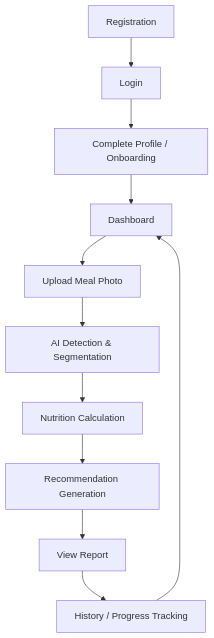
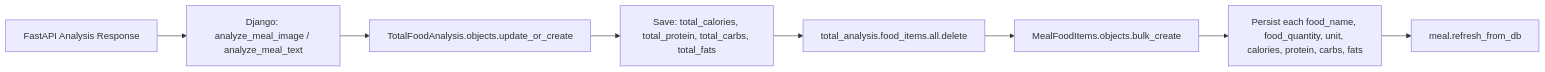
Before and after one commit to HimalBhandari05/Nepali-Diet-Advisory-System: the fourth of 9 diagrams in workflow.md, drawn with Mermaid. The commit also changed other lines of this file and 2 other files, not shown here.

Commit message:
docs: update system architecture blueprint and add service startup script

````diff
--- a/workflow.md
+++ b/workflow.md
@@ -475,13 +245,10 @@
 ```mermaid
-flowchart TD
-    A[Registration] --> B[Login]
-    B --> C[Complete Profile / Onboarding]
-    C --> D[Dashboard]
-    D --> E[Upload Meal Photo]
-    E --> F[AI Detection & Segmentation]
-    F --> G[Nutrition Calculation]
-    G --> H[Recommendation Generation]
-    H --> I[View Report]
-    I --> J[History / Progress Tracking]
-    J --> D
+flowchart LR
+    A[FastAPI Analysis Response] --> B[Django: analyze_meal_image / analyze_meal_text]
+    B --> C[TotalFoodAnalysis.objects.update_or_create]
+    C --> D[Save: total_calories, total_protein, total_carbs, total_fats]
+    D --> E[total_analysis.food_items.all.delete]
+    E --> F[MealFoodItems.objects.bulk_create]
+    F --> G[Persist each food_name, food_quantity, unit, calories, protein, carbs, fats]
+    G --> H[meal.refresh_from_db]
 ```
````
